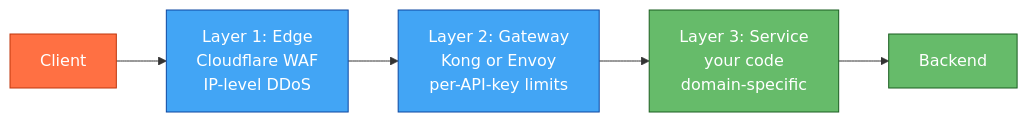
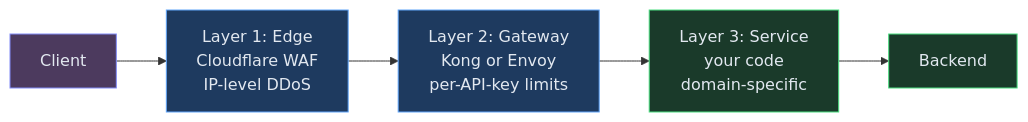
One commit to iluzn/HLD-Designs changed the seventh of 13 diagrams in content/hld/RateLimiter.md. Above: the diagram before and after it, drawn with Mermaid. The commit also changed other lines of this file and 11 other files, not shown here.

Commit message:
Fix: softer mermaid colors, theme toggle always visible on mobile, consistent across all pages

````diff
--- a/content/hld/RateLimiter.md
+++ b/content/hld/RateLimiter.md
@@ -249,17 +249,17 @@
 ```mermaid
 flowchart LR
     CLIENT["Client"]:::client
     L1["Layer 1: Edge<br/>Cloudflare WAF<br/>IP-level DDoS"]:::edge
     L2["Layer 2: Gateway<br/>Kong or Envoy<br/>per-API-key limits"]:::edge
     L3["Layer 3: Service<br/>your code<br/>domain-specific"]:::service
     API["Backend"]:::service
 
     CLIENT --> L1
     L1 --> L2
     L2 --> L3
     L3 --> API
 
-    classDef client fill:#FF7043,stroke:#BF360C,color:#fff
-    classDef edge fill:#42A5F5,stroke:#0D47A1,color:#fff
-    classDef service fill:#66BB6A,stroke:#1B5E20,color:#fff
+    classDef client fill:#4c3a5e,stroke:#818cf8,color:#e2e8f0
+    classDef edge fill:#1e3a5f,stroke:#60a5fa,color:#e2e8f0
+    classDef service fill:#1a3a2a,stroke:#4ade80,color:#e2e8f0
 ```
````
